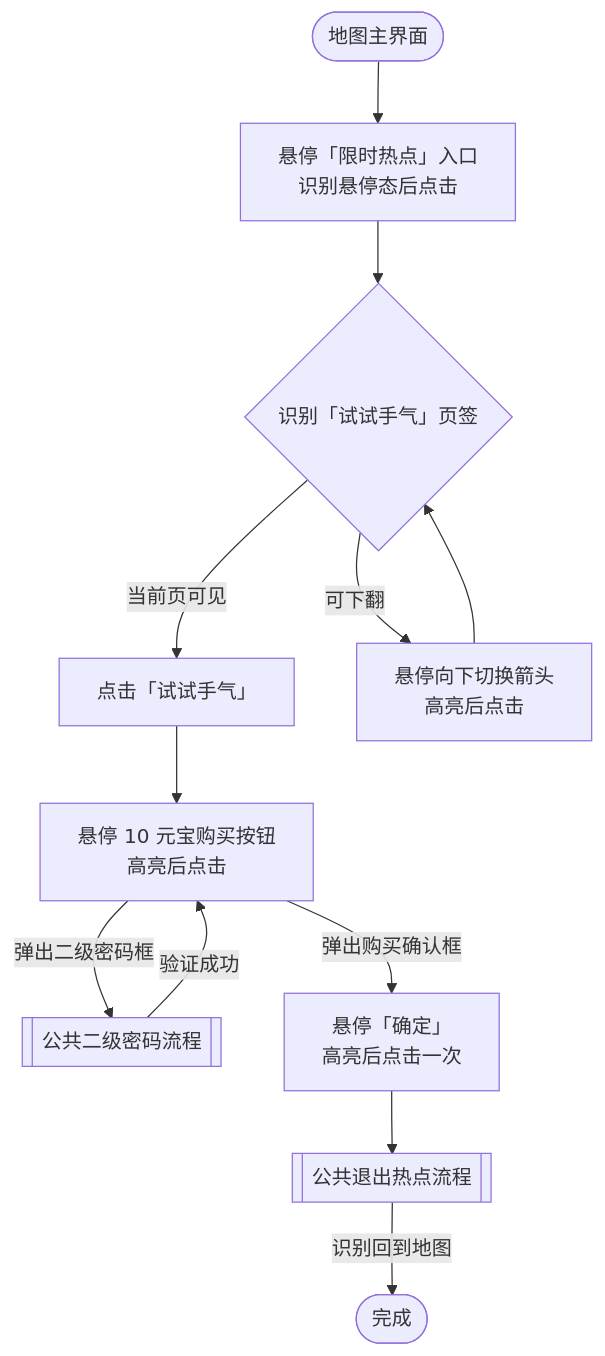
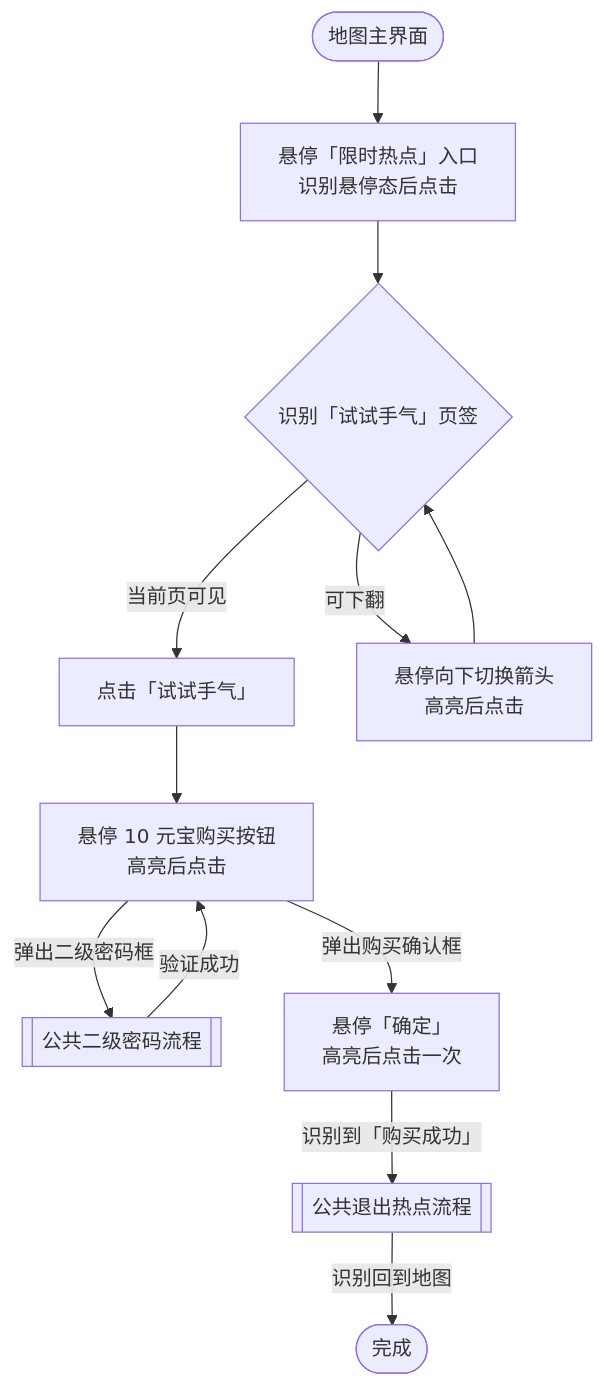
The diagram in docs/zh_cn/流程图/试试手气.md (ArcherSore/MaaNOP), drawn with Mermaid before and after one commit. The commit also changed 1 other file, not shown here.

Commit message:
fix(events): 等待试试手气购买成功后退出

````diff
--- a/docs/zh_cn/流程图/试试手气.md
+++ b/docs/zh_cn/流程图/试试手气.md
@@ -5,14 +5,14 @@
 ```mermaid
 flowchart TD
     Start([地图主界面]) --> Open["悬停「限时热点」入口<br/>识别悬停态后点击"]
     Open --> Tabs{"识别「试试手气」页签"}
     Tabs -->|当前页可见| Select["点击「试试手气」"]
     Tabs -->|可下翻| Scroll["悬停向下切换箭头<br/>高亮后点击"]
     Scroll --> Tabs
     Select --> Buy["悬停 10 元宝购买按钮<br/>高亮后点击"]
     Buy -->|弹出二级密码框| Password[["公共二级密码流程"]]
     Password -->|验证成功| Buy
     Buy -->|弹出购买确认框| Confirm["悬停「确定」<br/>高亮后点击一次"]
-    Confirm --> Exit[["公共退出热点流程"]]
+    Confirm -->|识别到「购买成功」| Exit[["公共退出热点流程"]]
     Exit -->|识别回到地图| Done([完成])
 ```
````
